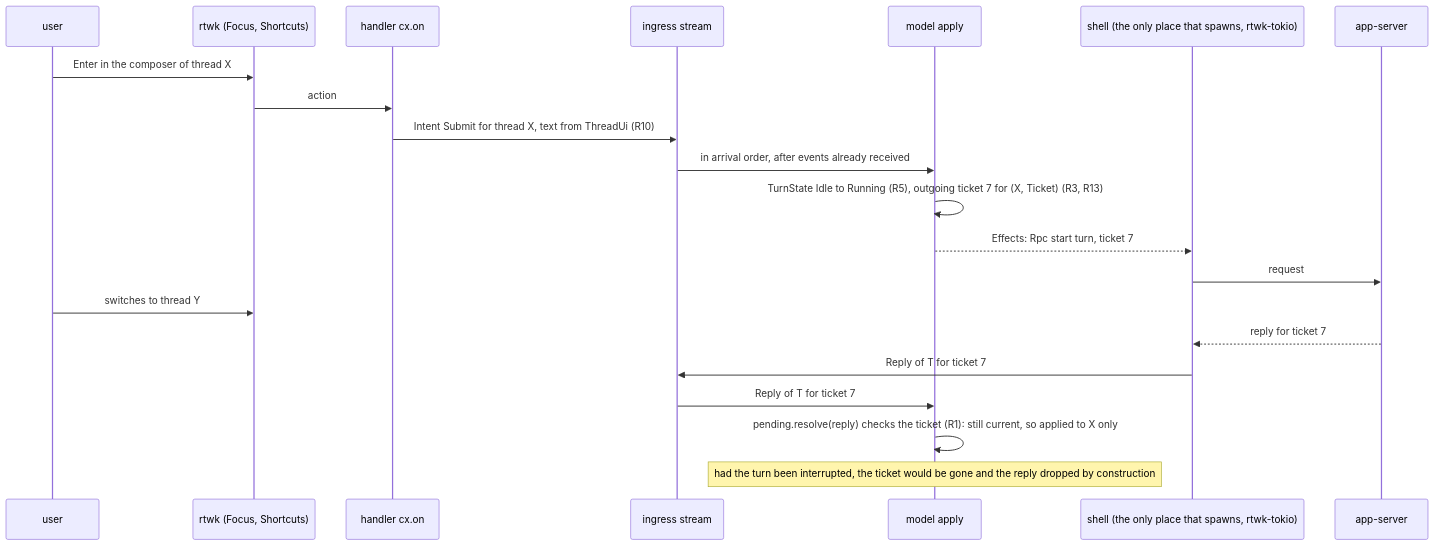
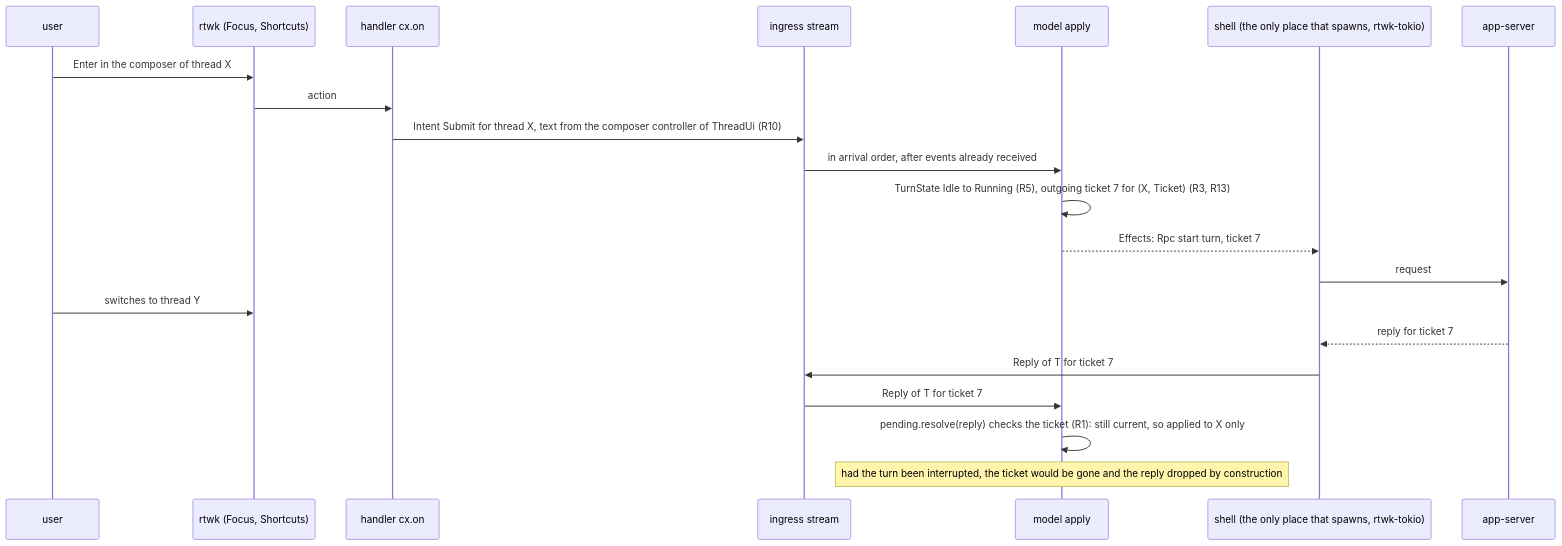
The fifth of 11 diagrams in docs/rtwk-port/design.md (Maryarty/CodexCLI), drawn with Mermaid before and after one commit. The commit also changed other lines of this file and 3 other files, not shown here.

Commit message:
skeleton-layers: architecture.md (ADR-001/002, Skeleton, Layers), design.md and design.html (two crates, layers table, UiApp class diagram), parity pack

````diff
--- a/docs/rtwk-port/design.md
+++ b/docs/rtwk-port/design.md
@@ -131,23 +157,23 @@
 ```mermaid
 sequenceDiagram
   participant U as user
   participant R as rtwk (Focus, Shortcuts)
   participant H as handler cx.on
   participant IN as ingress stream
   participant M as model apply
   participant SH as shell (the only place that spawns, rtwk-tokio)
   participant AS as app-server
   U->>R: Enter in the composer of thread X
   R->>H: action
-  H->>IN: Intent Submit for thread X, text from ThreadUi (R10)
+  H->>IN: Intent Submit for thread X, text from the composer controller of ThreadUi (R10)
   IN->>M: in arrival order, after events already received
   M->>M: TurnState Idle to Running (R5), outgoing ticket 7 for (X, Ticket) (R3, R13)
   M-->>SH: Effects: Rpc start turn, ticket 7
   SH->>AS: request
   U->>R: switches to thread Y
   AS-->>SH: reply for ticket 7
   SH->>IN: Reply of T for ticket 7
   IN->>M: Reply of T for ticket 7
   M->>M: pending.resolve(reply) checks the ticket (R1): still current, so applied to X only
   Note over M: had the turn been interrupted, the ticket would be gone and the reply dropped by construction
 ```
````
